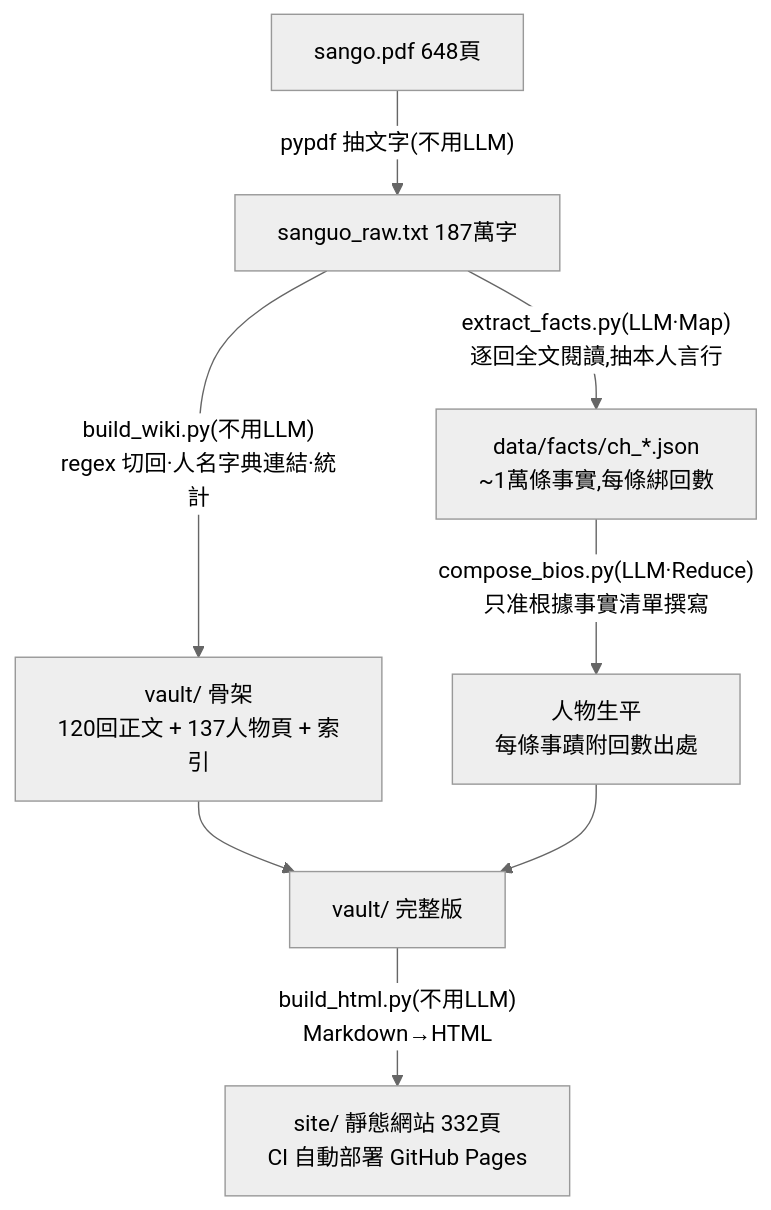
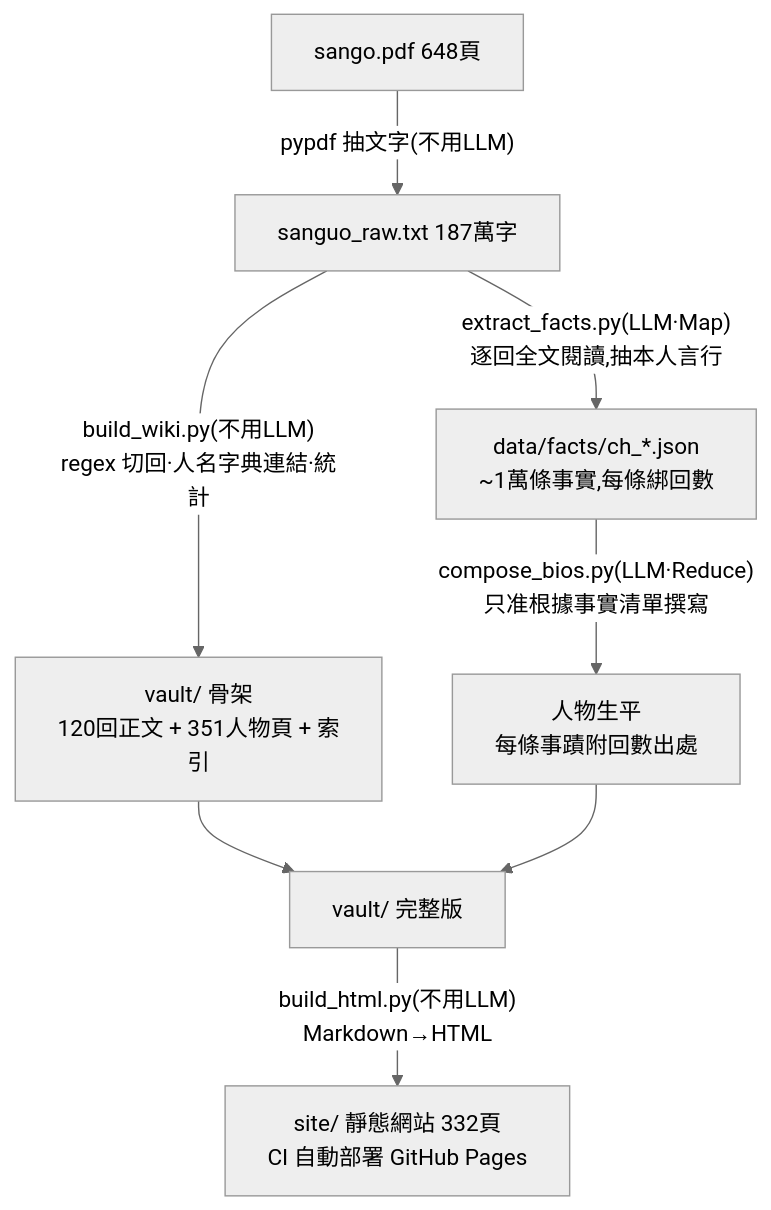
The diagram in README.md (pondahai/sanguo-wiki), drawn with Mermaid (neutral theme) before and after one commit. The commit also changed other lines of this file and 261 other files, not shown here.

````diff
--- a/README.md
+++ b/README.md
@@ -25,10 +25,10 @@
 ```mermaid
 flowchart TD
     A[sango.pdf 648頁] -->|"pypdf 抽文字(不用LLM)"| B[sanguo_raw.txt 187萬字]
-    B -->|"build_wiki.py(不用LLM)<br>regex 切回·人名字典連結·統計"| C["vault/ 骨架<br>120回正文 + 137人物頁 + 索引"]
+    B -->|"build_wiki.py(不用LLM)<br>regex 切回·人名字典連結·統計"| C["vault/ 骨架<br>120回正文 + 351人物頁 + 索引"]
     B -->|"extract_facts.py(LLM·Map)<br>逐回全文閱讀,抽本人言行"| D["data/facts/ch_*.json<br>~1萬條事實,每條綁回數"]
     D -->|"compose_bios.py(LLM·Reduce)<br>只准根據事實清單撰寫"| E["人物生平<br>每條事蹟附回數出處"]
     C --> F
     E --> F["vault/ 完整版"]
     F -->|"build_html.py(不用LLM)<br>Markdown→HTML"| G["site/ 靜態網站 332頁<br>CI 自動部署 GitHub Pages"]
 ```
````
